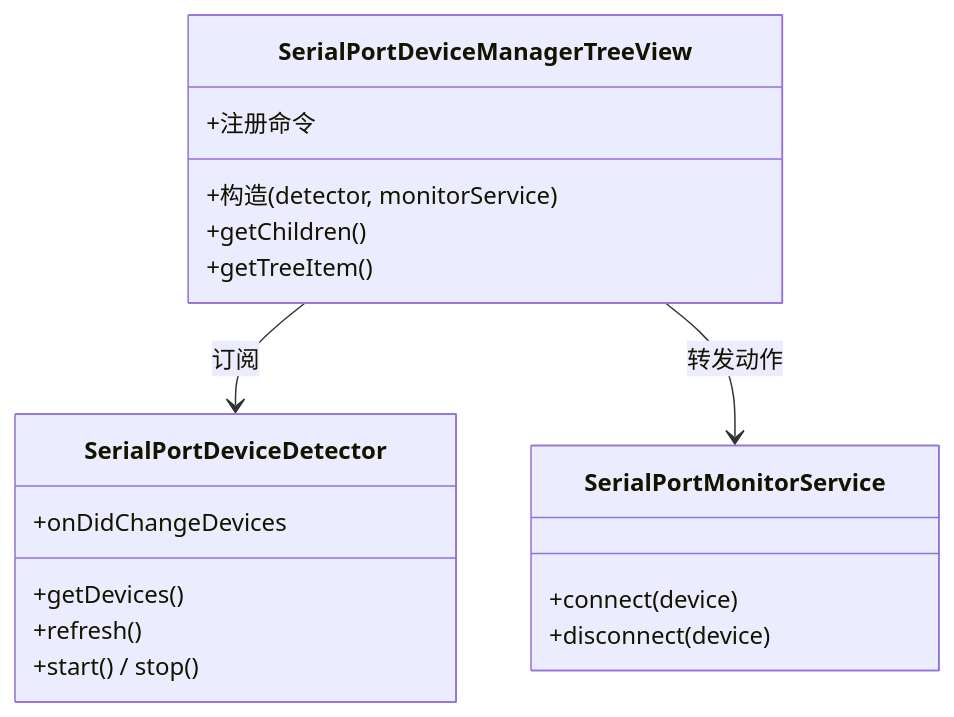
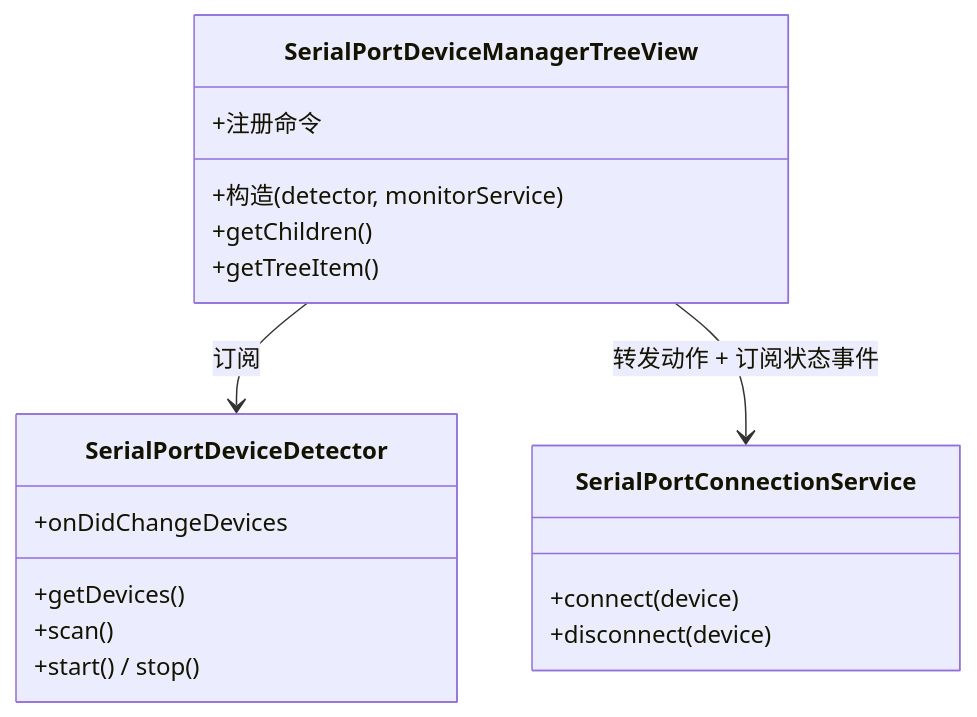
One commit to ziqiang-zhu/vscode-serial-port-terminal changed the second of 2 diagrams in doc/SerialPortDeviceManagerTreeView设计.md. Above: the diagram before and after it, drawn with Mermaid. The commit also changed other lines of this file and 17 other files, not shown here.

Commit message:
refactor: Redesign the architecture

````diff
--- a/doc/SerialPortDeviceManagerTreeView设计.md
+++ b/doc/SerialPortDeviceManagerTreeView设计.md
@@ -73,21 +74,21 @@
 ```mermaid
 classDiagram
     class SerialPortDeviceManagerTreeView {
         +构造(detector, monitorService)
         +getChildren()
         +getTreeItem()
         +注册命令
     }
     class SerialPortDeviceDetector {
         +onDidChangeDevices
         +getDevices()
-        +refresh()
+        +scan()
         +start() / stop()
     }
-    class SerialPortMonitorService {
+    class SerialPortConnectionService {
         +connect(device)
         +disconnect(device)
     }
     SerialPortDeviceManagerTreeView --> SerialPortDeviceDetector : 订阅
-    SerialPortDeviceManagerTreeView --> SerialPortMonitorService : 转发动作
+    SerialPortDeviceManagerTreeView --> SerialPortConnectionService : 转发动作 + 订阅状态事件
 ```
````
